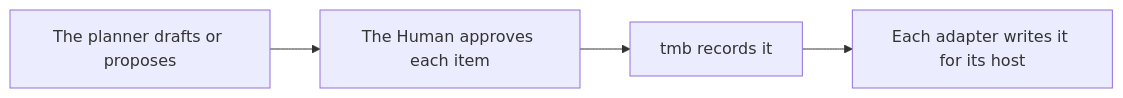
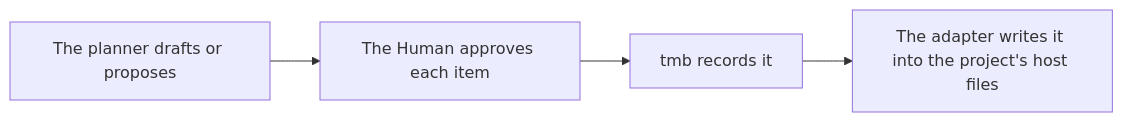
Before and after one commit to trustmybot/tmb: the first of 7 diagrams in docs/flows/4_EXTENDING.md, drawn with Mermaid. The commit also changed other lines of this file and 14 other files, not shown here.

Commit message:
📝 docs: flows, adapters, engine, roles and release pages follow the template; several-hosts design removed

````diff
--- a/docs/flows/4_EXTENDING.md
+++ b/docs/flows/4_EXTENDING.md
@@ -7,6 +7,6 @@
 ```mermaid
 flowchart LR
     P["The planner drafts or proposes"] --> H["The Human approves each item"]
     H --> R["tmb records it"]
-    R --> A["Each adapter writes it for its host"]
+    R --> A["The adapter writes it into the project's host files"]
 ```
````
